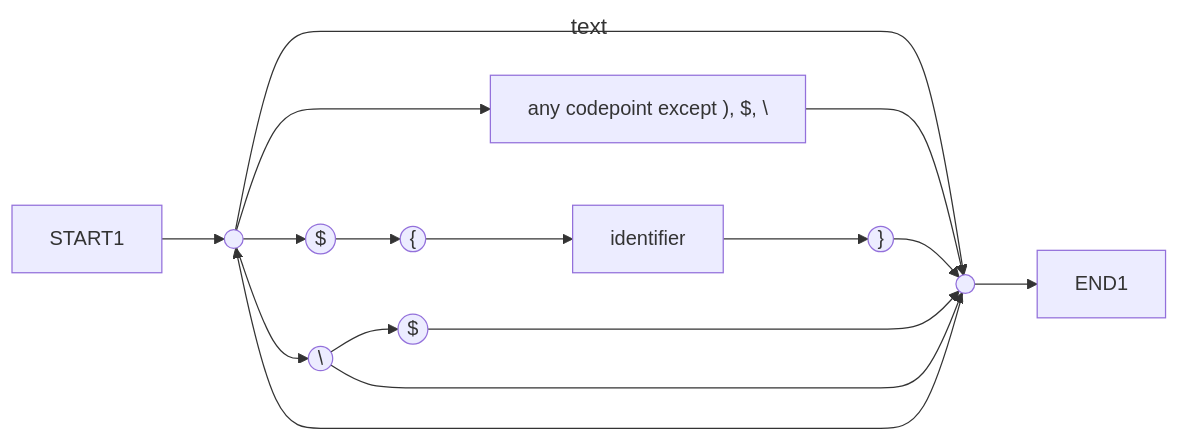
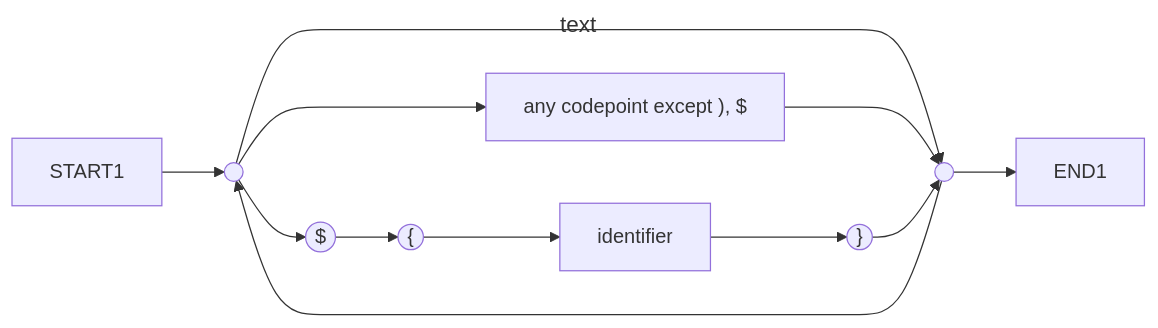
One commit to rchuk/markerml changed diagram 12 of 15 in README.md. Above: the diagram before and after it, drawn with Mermaid. The commit also changed other lines of this file, not shown here.

````diff
--- a/README.md
+++ b/README.md
@@ -591,43 +585,36 @@
 ```mermaid
 ---
 title: text
 ---
 graph LR;
     START1:::hidden
     END1:::hidden
     START(( ))
     END(( ))
    
-    any["any codepoint except ), $, \"]
+    any["any codepoint except ), $"]
     dollar(($))
-    backslash((\))
-    escaped_dollar(($))
     curly_open(("{"))
     curly_close(("}")) 
     identifier
     
     %% 
     START1 --> START
     
     %% 
     START --> any
     START --> dollar
     START --> END
-    START --> backslash
-    
+
     any ---> END
     dollar --> curly_open
     
     curly_open --> identifier
     identifier --> curly_close
     curly_close --> END
     
-    backslash --> escaped_dollar
-    escaped_dollar ----> END
-    backslash --> END
-    
     END --> START
     
     %% 
     END --> END1
 ```
````
